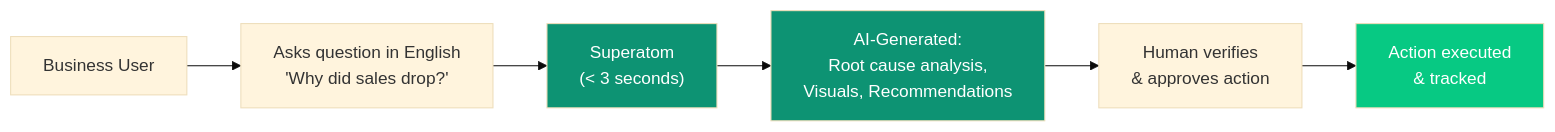
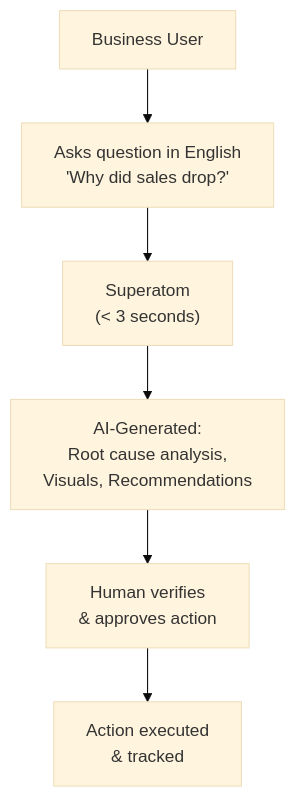
Before and after one commit to ashishsuperatom/tech-docs: the third of 5 diagrams in introduction/comparison.mdx, drawn with Mermaid (base theme). The commit also changed other lines of this file and 37 other files, not shown here.

First line of the commit message:
Clean up docs: remove em-dashes, fix mermaid diagrams, remove emojis

````diff
--- a/introduction/comparison.mdx
+++ b/introduction/comparison.mdx
@@ -102,16 +97,13 @@
 ```mermaid
-flowchart LR
+flowchart TD
     USER["Business User"] --> QUESTION["Asks question in English<br>'Why did sales drop?'"]
 
     QUESTION --> SUPERATOM["Superatom<br>(< 3 seconds)"]
 
     SUPERATOM --> INSIGHT["AI-Generated:<br>Root cause analysis,<br>Visuals, Recommendations"]
 
     INSIGHT --> VERIFY["Human verifies<br>& approves action"]
 
     VERIFY --> EXECUTE["Action executed<br>& tracked"]
 
-    style SUPERATOM fill:#0D9373,color:#fff
-    style INSIGHT fill:#0D9373,color:#fff
-    style EXECUTE fill:#07C983,color:#fff
 ```
````
